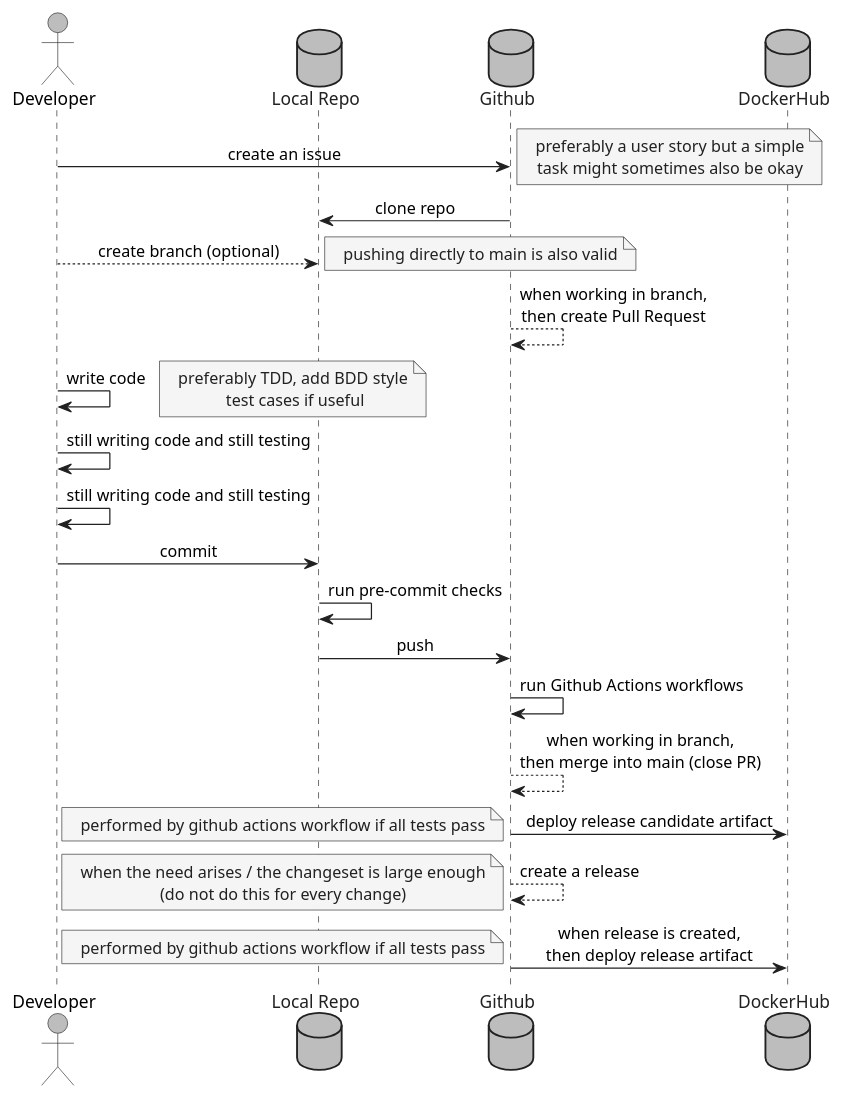
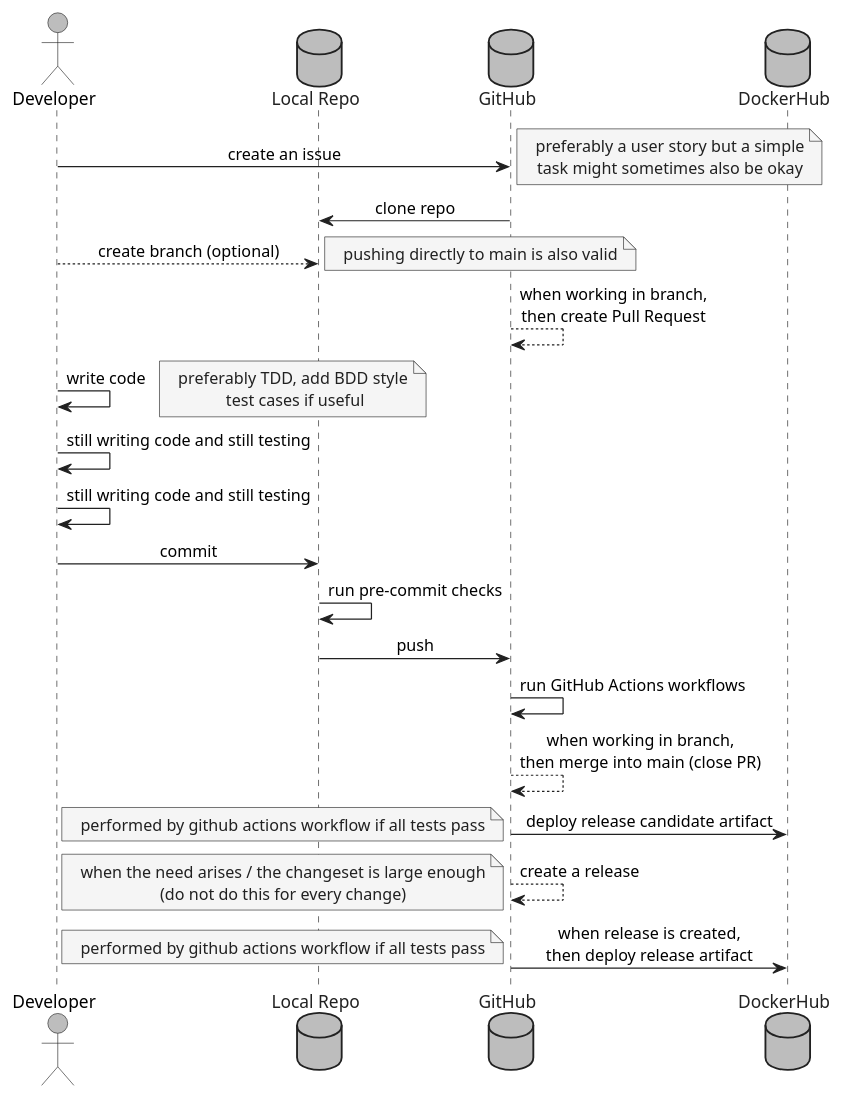
One commit to sommerfeld-io/website changed the diagram in docs/modules/ROOT/partials/development/sdlc.adoc. Above: the diagram before and after it, drawn with PlantUML. The commit also changed 23 other files, not shown here.

```diff
--- a/docs/modules/ROOT/partials/development/sdlc.adoc
+++ b/docs/modules/ROOT/partials/development/sdlc.adoc
@@ -1,69 +1,69 @@
 [plantuml, puml-build-image, svg]
 ----
 @startuml
 
 skinparam linetype ortho
 skinparam monochrome false
 skinparam componentStyle uml2
 skinparam backgroundColor transparent
 skinparam ArrowColor #212121
 skinparam ActorBorderColor #212121
 skinparam ActorBackgroundColor #bdbdbd
 skinparam NoteBorderColor #212121
 skinparam NoteFontColor #212121
 skinparam NoteBackgroundColor #F5F5F5
 skinparam ComponentBorderColor #212121
 skinparam ComponentFontColor #212121
 skinparam DatabaseBorderColor #212121
 skinparam DatabaseBackgroundColor #bdbdbd
 skinparam DatabaseFontColor #212121
 skinparam FileBorderColor #212121
 skinparam FileFontColor #212121
 skinparam ControlBorderColor #212121
 skinparam ControlFontColor #212121
 skinparam RectangleBackgroundColor transparent
 skinparam RectangleBorderColor #212121
 skinparam RectangleFontColor #212121
 skinparam ControlBackgroundColor transparent
 skinparam ControlBorderColor #212121
 skinparam ControlFontColor #212121
 skinparam HexagonBackgroundColor transparent
 skinparam HexagonBorderColor #212121
 skinparam HexagonFontColor #212121
 skinparam ArtifactBorderColor #212121
 skinparam ArtifactFontColor #212121
 skinparam defaultTextAlignment center
 skinparam activity {
     'FontName Ubuntu
     FontName Roboto
 }
 
 actor Developer
 database Local_Repo as "Local Repo"
-database Github
+database GitHub
 database DockerHub
 
-Developer -> Github: create an issue
+Developer -> GitHub: create an issue
 note right: preferably a user story but a simple\ntask might sometimes also be okay
-Local_Repo <- Github: clone repo
+Local_Repo <- GitHub: clone repo
 Developer --> Local_Repo: create branch (optional)
 note right: pushing directly to main is also valid
-Github --> Github: when working in branch,\nthen create Pull Request
+GitHub --> GitHub: when working in branch,\nthen create Pull Request
 Developer -> Developer: write code
 note right: preferably TDD, add BDD style\n test cases if useful
 Developer -> Developer: still writing code and still testing
 Developer -> Developer: still writing code and still testing
 Developer -> Local_Repo: commit
 Local_Repo -> Local_Repo: run pre-commit checks
-Local_Repo -> Github: push
-Github -> Github: run Github Actions workflows
-Github --> Github: when working in branch,\nthen merge into main (close PR)
-Github -> DockerHub: deploy release candidate artifact
+Local_Repo -> GitHub: push
+GitHub -> GitHub: run GitHub Actions workflows
+GitHub --> GitHub: when working in branch,\nthen merge into main (close PR)
+GitHub -> DockerHub: deploy release candidate artifact
 note left: performed by github actions workflow if all tests pass
-Github --> Github: create a release
+GitHub --> GitHub: create a release
 note left: when the need arises / the changeset is large enough\n(do not do this for every change)
-Github -> DockerHub: when release is created,\nthen deploy release artifact
+GitHub -> DockerHub: when release is created,\nthen deploy release artifact
 note left: performed by github actions workflow if all tests pass
 
 @enduml
 ----
```
